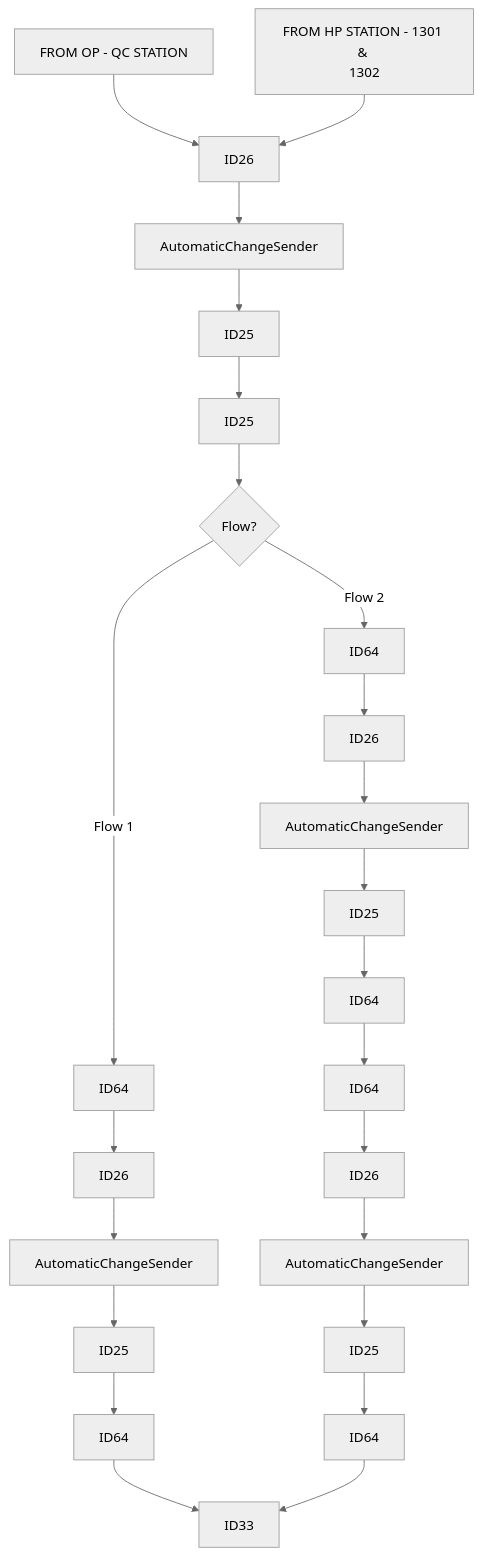
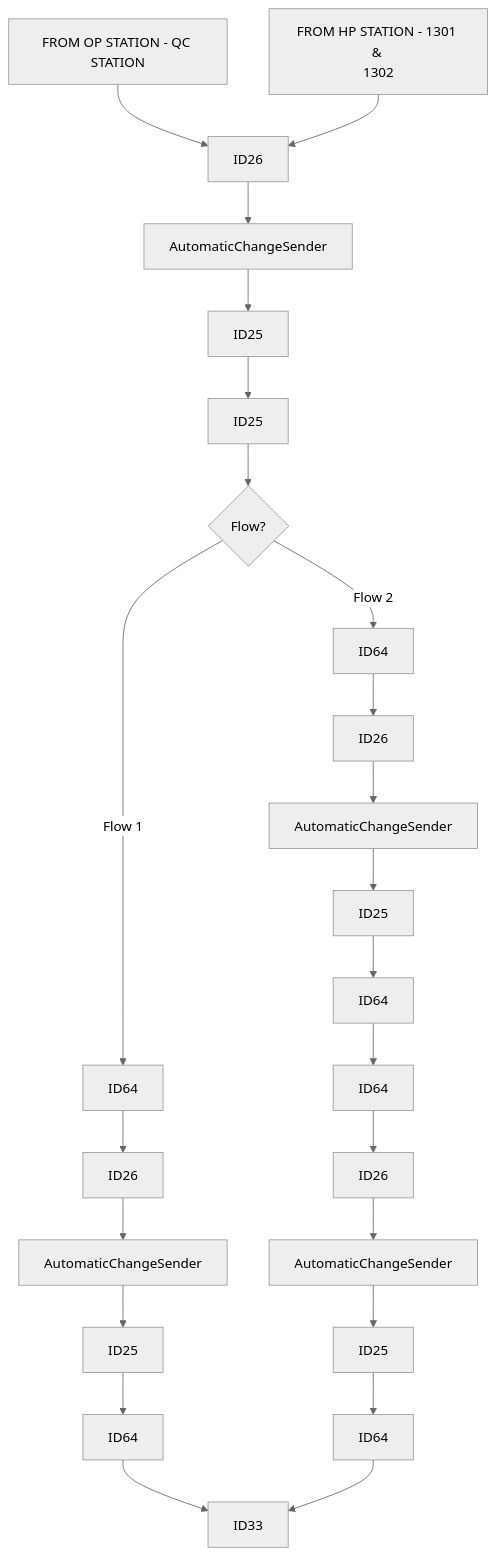
Before and after one commit to luthfiadityaa/SimeDarby-Wiki: the diagram in Basic-Design/DFD-WMS/Storage/Unplanned-Storage.md, drawn with Mermaid (neutral theme).

Commit message:
Updated Unplanned Storage

```diff
--- a/Basic-Design/DFD-WMS/Storage/Unplanned-Storage.md
+++ b/Basic-Design/DFD-WMS/Storage/Unplanned-Storage.md
@@ -5,16 +5,16 @@
 ::: mermaid
 flowchart TD
   
-P1[FROM OP - QC STATION]-->P2[ID26]-->P3[AutomaticChangeSender]-->P4[ID25]-->P7[ID25]
+P1[FROM OP STATION - QC STATION]-->P2[ID26]-->P3[AutomaticChangeSender]-->P4[ID25]-->P7[ID25]
 P7[ID25]-->Cond1{Flow?} 
 Cond1 --> |Flow 1| P8[ID64]
 Cond1 --> |Flow 2| P9[ID64]
 P8[ID64]-->P10[ID26]-->P11[AutomaticChangeSender]-->P12[ID25]-->P13[ID64]
 P9[ID64]-->P15[ID26]-->P16[AutomaticChangeSender]-->P17[ID25]-->P18[ID64]-->P19[ID64]-->P20[ID26]-->P21[AutomaticChangeSender]-->P22[ID25]-->P23[ID64]
 
 P24[FROM HP STATION - 1301 & 
 1302]-->P2[ID26]
 
 P13[ID64]-->P14[ID33]
 P23[ID64]-->P14[ID33]
 :::
```
